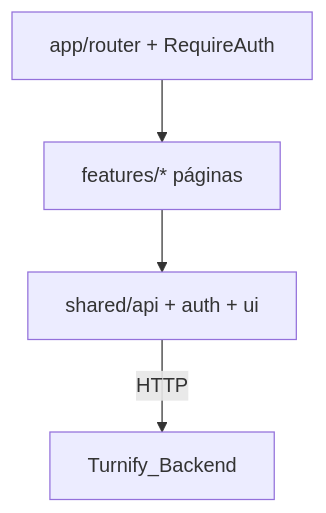
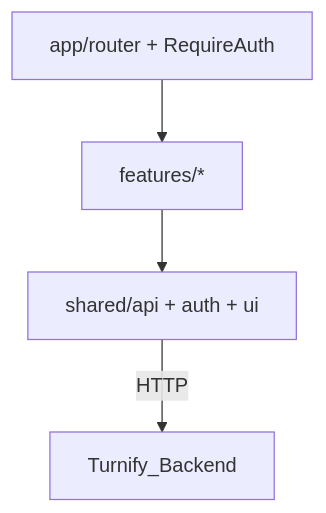
One commit to Edwardortiz117/Turnify_Frontend changed the sixth of 8 diagrams in docs/sustentacion-turnify.md. Above: the diagram before and after it, drawn with Mermaid. The commit also changed other lines of this file and 10 other files, not shown here.

````diff
--- a/docs/sustentacion-turnify.md
+++ b/docs/sustentacion-turnify.md
@@ -434,8 +553,8 @@
 ```mermaid
 flowchart TB
   R[app/router + RequireAuth]
-  F[features/* páginas]
+  F[features/*]
   S[shared/api + auth + ui]
   R --> F --> S
   S -->|HTTP| API[Turnify_Backend]
 ```
````
